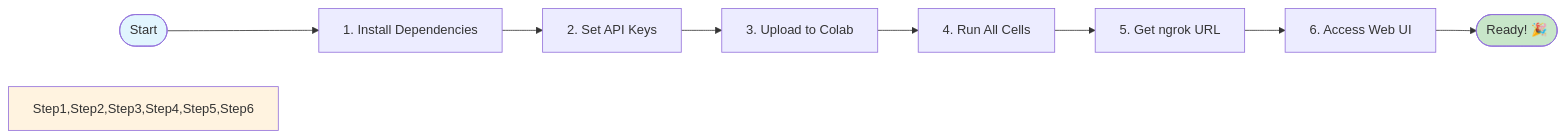
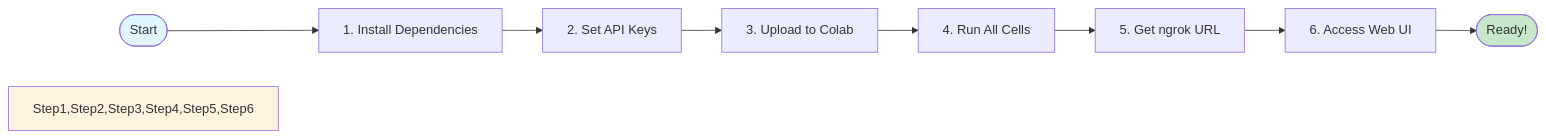
One commit to Rithanya918/Travel-Agent- changed the seventh of 7 diagrams in README.md. Above: the diagram before and after it, drawn with Mermaid. The commit also changed other lines of this file, not shown here.

````diff
--- a/README.md
+++ b/README.md
@@ -256,14 +213,14 @@
 ```mermaid
 graph LR
     Start([Start]) --> Step1[1. Install Dependencies]
     Step1 --> Step2[2. Set API Keys]
     Step2 --> Step3[3. Upload to Colab]
     Step3 --> Step4[4. Run All Cells]
     Step4 --> Step5[5. Get ngrok URL]
     Step5 --> Step6[6. Access Web UI]
-    Step6 --> End([Ready! 🎉])
+    Step6 --> End([Ready!])
     
     style Start fill:#e1f5fe
     style End fill:#c8e6c9
     style Step1,Step2,Step3,Step4,Step5,Step6 fill:#fff3e0
 ```
````
